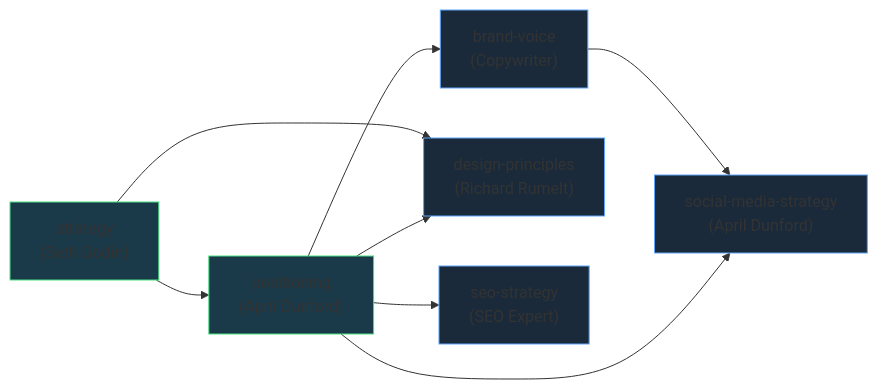
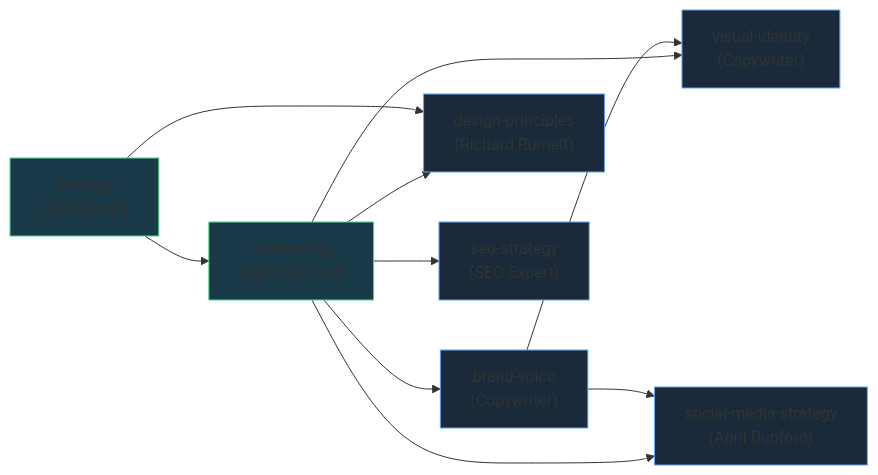
Diagram 11 of 11 in docs/architecture.md (cwhogg/epch-projects), drawn with Mermaid before and after one commit. The commit also changed other lines of this file, not shown here.

Commit message:
docs: update architecture for 6-stage website builder model

````diff
--- a/docs/architecture.md
+++ b/docs/architecture.md
@@ -639,17 +639,20 @@
 ```mermaid
 flowchart LR
     STRATEGY["strategy<br/>(Seth Godin)"] --> POSITIONING["positioning<br/>(April Dunford)"]
     POSITIONING --> VOICE["brand-voice<br/>(Copywriter)"]
     POSITIONING --> DESIGN["design-principles<br/>(Richard Rumelt)"]
     STRATEGY --> DESIGN
+    POSITIONING --> VISUAL["visual-identity<br/>(Copywriter)"]
+    VOICE --> VISUAL
     POSITIONING --> SEO_STRAT["seo-strategy<br/>(SEO Expert)"]
     POSITIONING --> SOCIAL["social-media-strategy<br/>(April Dunford)"]
     VOICE --> SOCIAL
 
     style STRATEGY fill:#1a3a4a,stroke:#4ade80
     style POSITIONING fill:#1a3a4a,stroke:#4ade80
     style VOICE fill:#1a2a3a,stroke:#60a5fa
     style DESIGN fill:#1a2a3a,stroke:#60a5fa
+    style VISUAL fill:#1a2a3a,stroke:#60a5fa
     style SEO_STRAT fill:#1a2a3a,stroke:#60a5fa
     style SOCIAL fill:#1a2a3a,stroke:#60a5fa
 ```
````
